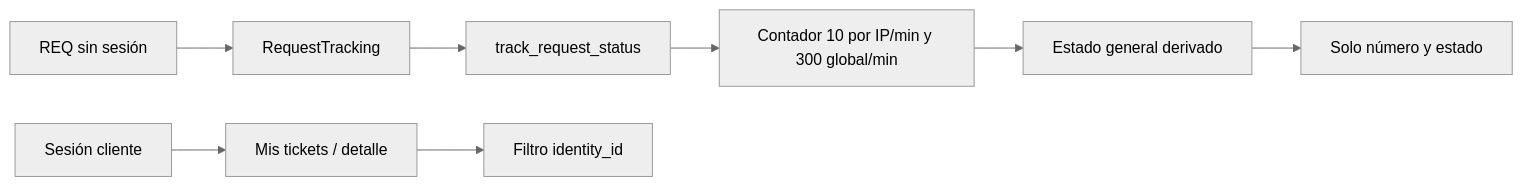
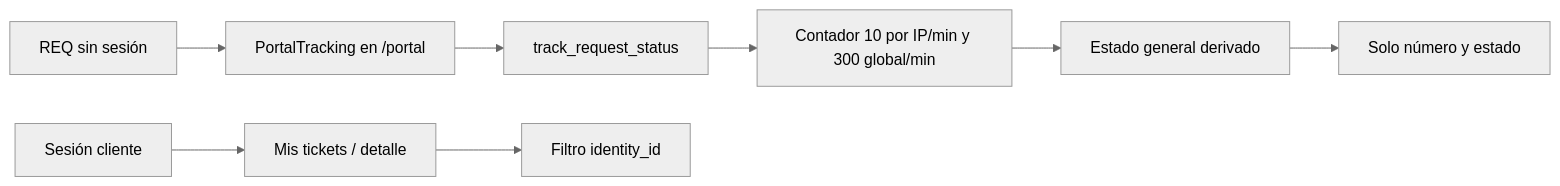
Before and after one commit to Merc-18/ticketera_procont: the sixth of 10 diagrams in docs/specs/TECHNICAL_ARCHITECTURE.md, drawn with Mermaid (neutral theme). The commit also changed other lines of this file and 78 other files, not shown here.

````diff
--- a/docs/specs/TECHNICAL_ARCHITECTURE.md
+++ b/docs/specs/TECHNICAL_ARCHITECTURE.md
@@ -125,10 +125,10 @@
 ```mermaid
 flowchart LR
-  X[REQ sin sesión] --> T[RequestTracking]
+  X[REQ sin sesión] --> T[PortalTracking en /portal]
   T --> R[track_request_status]
   R --> L[Contador 10 por IP/min y 300 global/min]
   L --> G[Estado general derivado]
   G --> O[Solo número y estado]
   C[Sesión cliente] --> M[Mis tickets / detalle]
   M --> I[Filtro identity_id]
 ```
````
